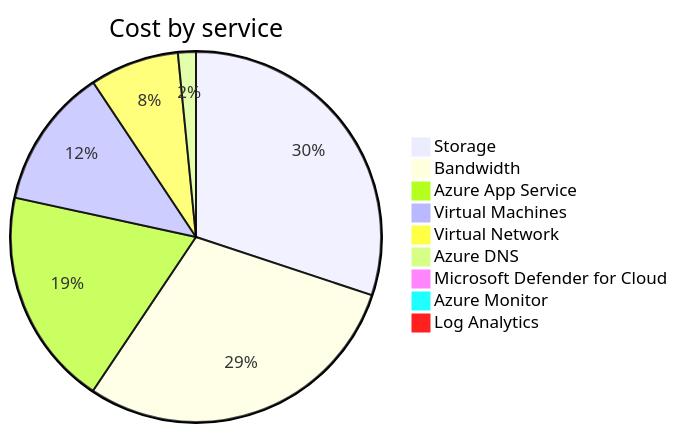
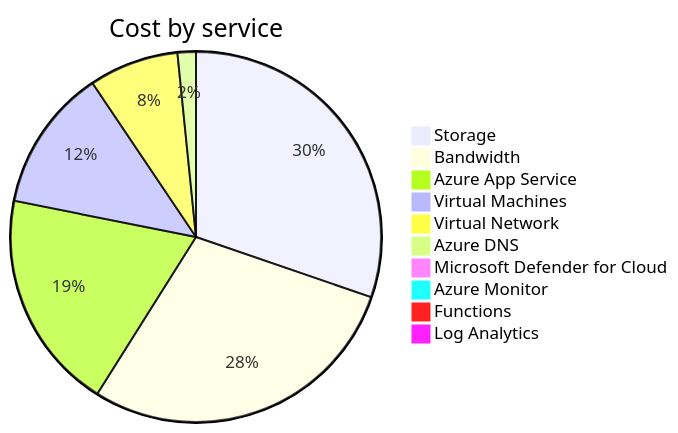
Before and after one commit to jpfulton/azure-personal-reports: the second of 4 diagrams in cost-reports/accumulated-cost.md, drawn with Mermaid. The commit also changed other lines of this file and 4 other files, not shown here.

````diff
--- a/cost-reports/accumulated-cost.md
+++ b/cost-reports/accumulated-cost.md
@@ -99,13 +100,14 @@
 ```mermaid
 pie
    title Cost by service
-   "Storage" : 5.38
-   "Bandwidth" : 5.24
-   "Azure App Service" : 3.40
-   "Virtual Machines" : 2.19
-   "Virtual Network" : 1.39
-   "Azure DNS" : 0.28
-   "Microsoft Defender for Cloud" : 0.14
+   "Storage" : 6.23
+   "Bandwidth" : 5.90
+   "Azure App Service" : 3.95
+   "Virtual Machines" : 2.56
+   "Virtual Network" : 1.61
+   "Azure DNS" : 0.33
+   "Microsoft Defender for Cloud" : 0.16
    "Azure Monitor" : 0.00
+   "Functions" : 0.00
    "Log Analytics" : 0.00
 ```
````
